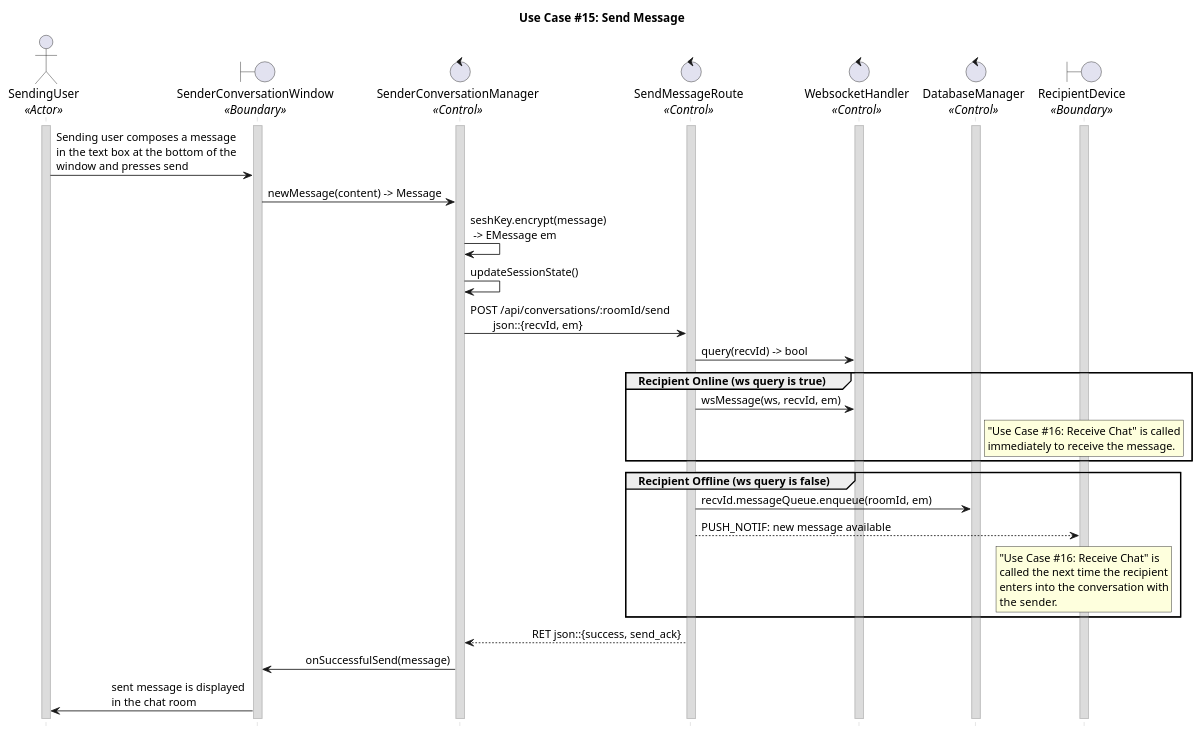
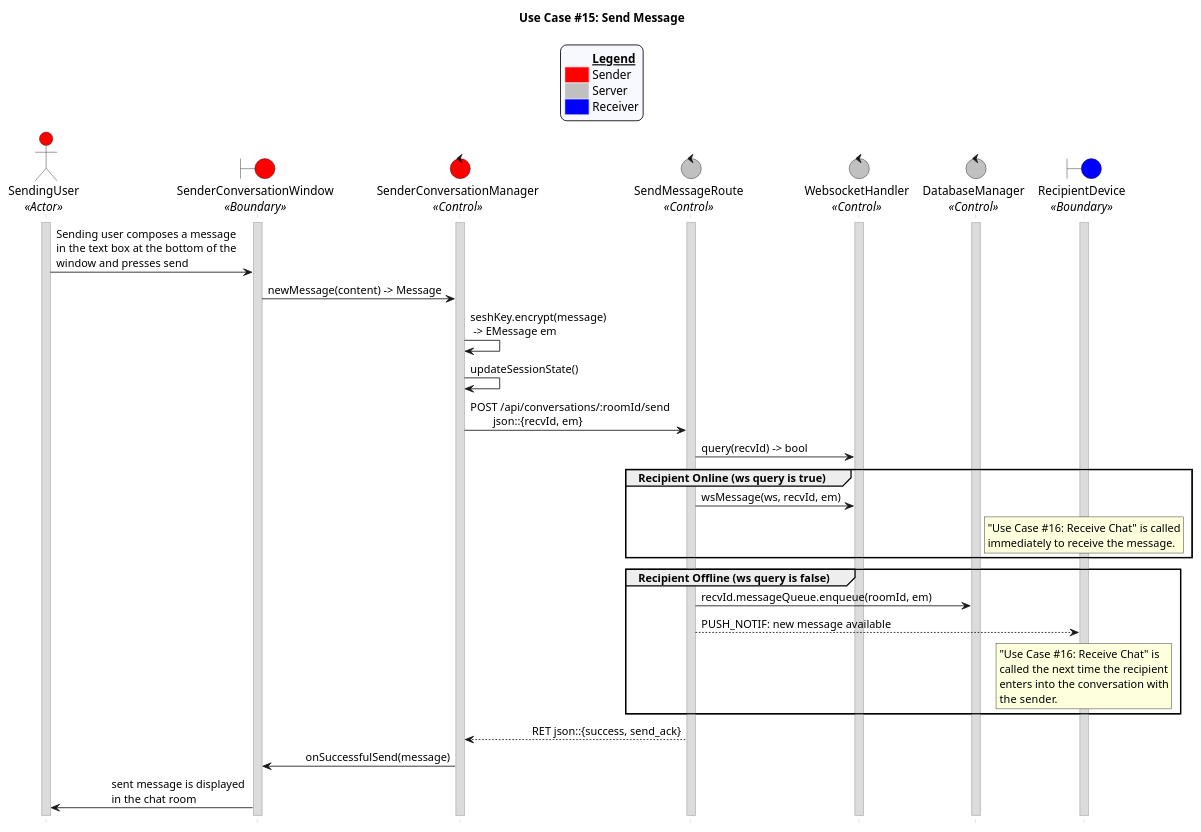
The diagram in uc_15.puml (CECS-491-SP24-Group-1/seq-diagrams), drawn with PlantUML before and after one commit. The commit also changed 8 other files, not shown here.

Commit message:
Add legends to the diagrams

```diff
--- a/uc_15.puml
+++ b/uc_15.puml
@@ -1,74 +1,87 @@
 @startuml uc15
 title "Use Case #15: Send Message"
 
 'Styling goes here
 hide footbox
 skinparam stereotypePosition bottom
 skinparam sequenceMessageAlign direction
 skinparam sequence {
 	LifeLineBorderColor #Silver
 	LifeLineBackgroundColor #Gainsboro
 }
 
+'Add a legend plus styling
+skinparam legend {
+	backgroundColor #GhostWhite
+	entrySeparator #GhostWhite
+}
+
+legend top
+	<#GhostWhite,#GhostWhite>|	|= __Legend__ |
+	|<#red> | Sender|
+	|<#silver> | Server|
+	|<#blue> | Receiver|
+endlegend
+
 'Setup the objects involved here
-actor SendingUser as u <<Actor>>
-boundary SenderConversationWindow as scw <<Boundary>>
-control SenderConversationManager as scm <<Control>>
-control SendMessageRoute as smr <<Control>>
-control WebsocketHandler as ws <<Control>>
-control DatabaseManager as db <<Control>>
-boundary RecipientDevice as rd <<Boundary>>
+actor SendingUser as u <<Actor>> #red
+boundary SenderConversationWindow as scw <<Boundary>> #red
+control SenderConversationManager as scm <<Control>> #red
+control SendMessageRoute as smr <<Control>> #silver
+control WebsocketHandler as ws <<Control>> #silver
+control DatabaseManager as db <<Control>> #silver
+boundary RecipientDevice as rd <<Boundary>> #blue
 
 'Setup persistent objects here
 activate u
 activate scw
 activate scm
 activate smr
 activate ws
 activate db
 activate rd
 
 '--- FLOW OF CONTROL STARTS HERE ---
 'The sending user composes a message.
 u -> scw: Sending user composes a message \nin the text box at the bottom of the \nwindow and presses send
 scw -> scm: newMessage(content) -> Message
 
 'The sending user’s device encrypts the message and updates the ratchet state before sending the message.
 scm -> scm: seshKey.encrypt(message)\n -> EMessage em
 scm -> scm: updateSessionState()
 scm -> smr: POST /api/conversations/:roomId/send \n\tjson::{recvId, em}
 
 'Check if the user is online first.
 smr -> ws: query(recvId) -> bool
 
 'Case 1: The recipient is online
 group Recipient Online (ws query is true)
 	'If the receiving user is online, they call Use Case 16: Receive Chat to receive the chat immediately.
 	smr -> ws: wsMessage(ws, recvId, em)
 	rnote over rd
 	"Use Case #16: Receive Chat" is called
 	immediately to receive the message.
 	end note
 end
 
 'Case 2: The recipient is offline
 group Recipient Offline (ws query is false)
 	'If the receiving user is offline, a notification is sent to them and their device pulls down the message the next time they enter the chat room.
 	'The server enqueues the message into the receiver's receive queue.
 	smr -> db: recvId.messageQueue.enqueue(roomId, em)
 	smr --> rd: PUSH_NOTIF: new message available
 	rnote over rd
 	"Use Case #16: Receive Chat" is 
 	called the next time the recipient
 	enters into the conversation with
 	the sender.
 	end note
 end
 
 'Cleanup
 smr --> scm: RET json::{success, send_ack}
 scm -> scw: onSuccessfulSend(message)
 scw -> u: sent message is displayed \nin the chat room
 '--- FLOW OF CONTROL ENDS HERE   ---
 
 @enduml
```
